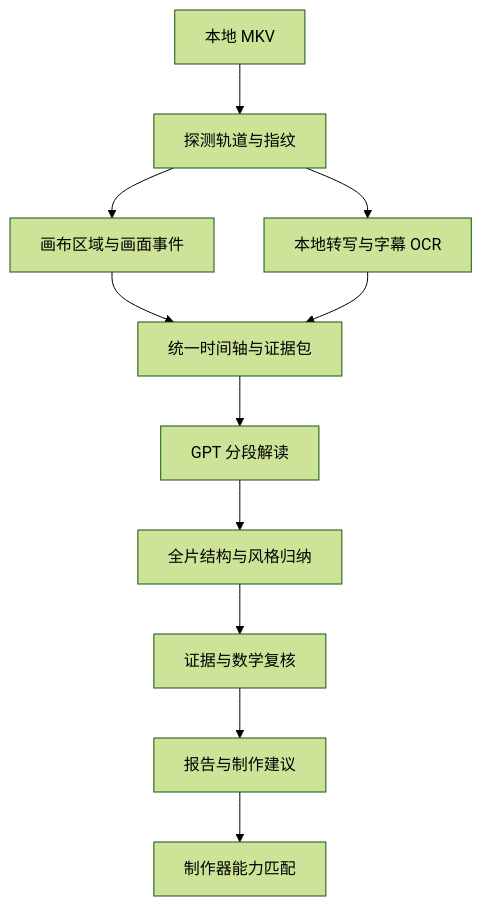
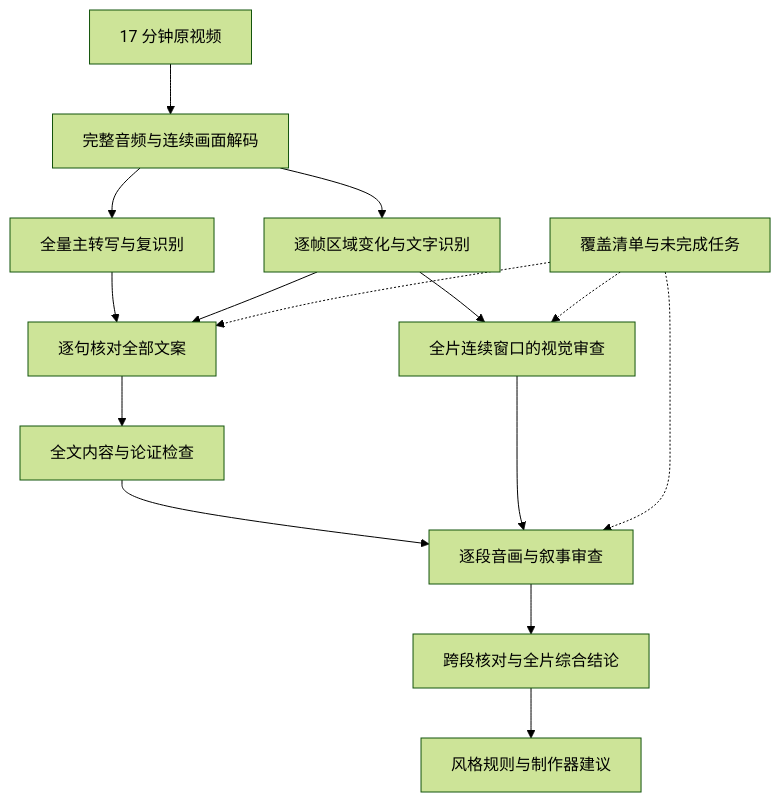
The diagram in video-analyzer/docs/BV1AV411V7SJ-analysis-design.md (XenoAmess/vivhite_video_framework), drawn with Mermaid (forest theme) before and after one commit. The commit also changed other lines of this file and 2 other files, not shown here.

````diff
--- a/video-analyzer/docs/BV1AV411V7SJ-analysis-design.md
+++ b/video-analyzer/docs/BV1AV411V7SJ-analysis-design.md
@@ -67,13 +75,17 @@
 ```mermaid
 flowchart TD
-    A[本地 MKV] --> B[探测轨道与指纹]
-    B --> C[画布区域与画面事件]
-    B --> D[本地转写与字幕 OCR]
-    C --> E[统一时间轴与证据包]
+    A[17 分钟原视频] --> B[完整音频与连续画面解码]
+    B --> C[全量主转写与复识别]
+    B --> D[逐帧区域变化与文字识别]
+    C --> E[逐句核对全部文案]
     D --> E
-    E --> F[GPT 分段解读]
-    F --> G[全片结构与风格归纳]
-    G --> H[证据与数学复核]
-    H --> I[报告与制作建议]
-    I --> J[制作器能力匹配]
+    E --> F[全文内容与论证检查]
+    D --> G[全片连续窗口的视觉审查]
+    F --> H[逐段音画与叙事审查]
+    G --> H
+    H --> I[跨段核对与全片综合结论]
+    I --> J[风格规则与制作器建议]
+    K[覆盖清单与未完成任务] -.-> E
+    K -.-> G
+    K -.-> H
 ```
````
